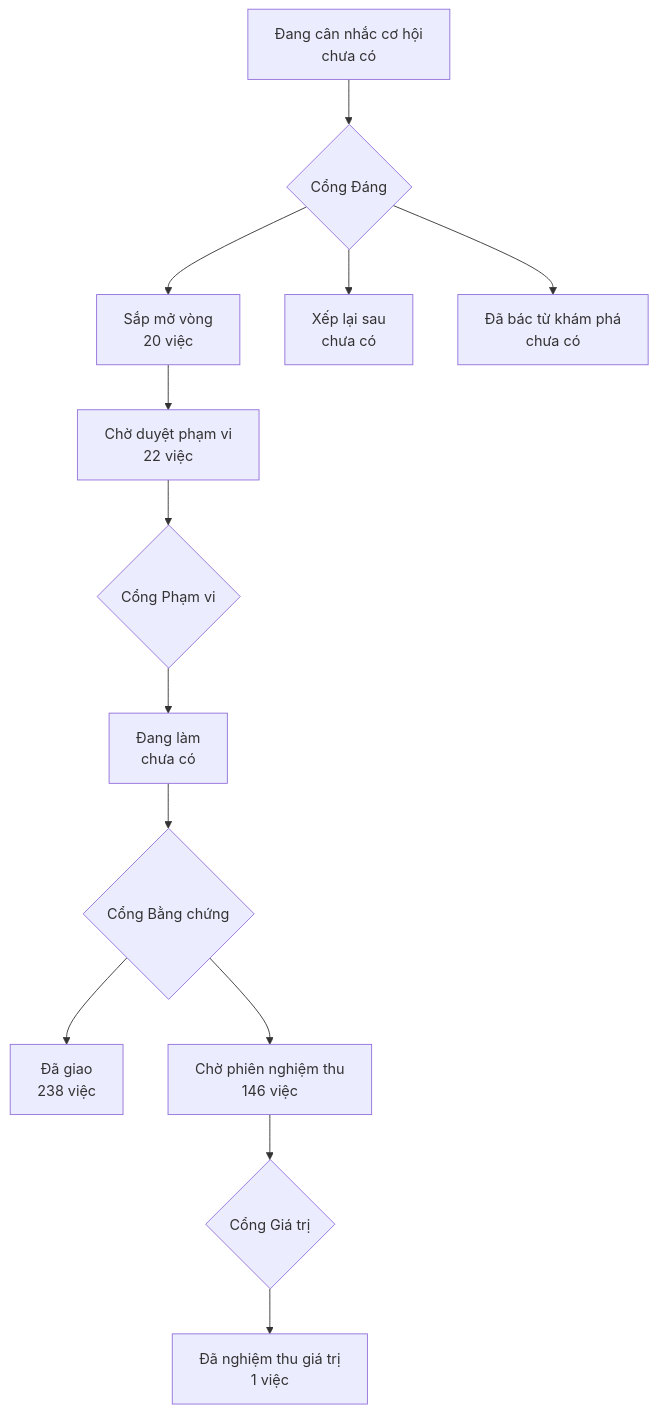
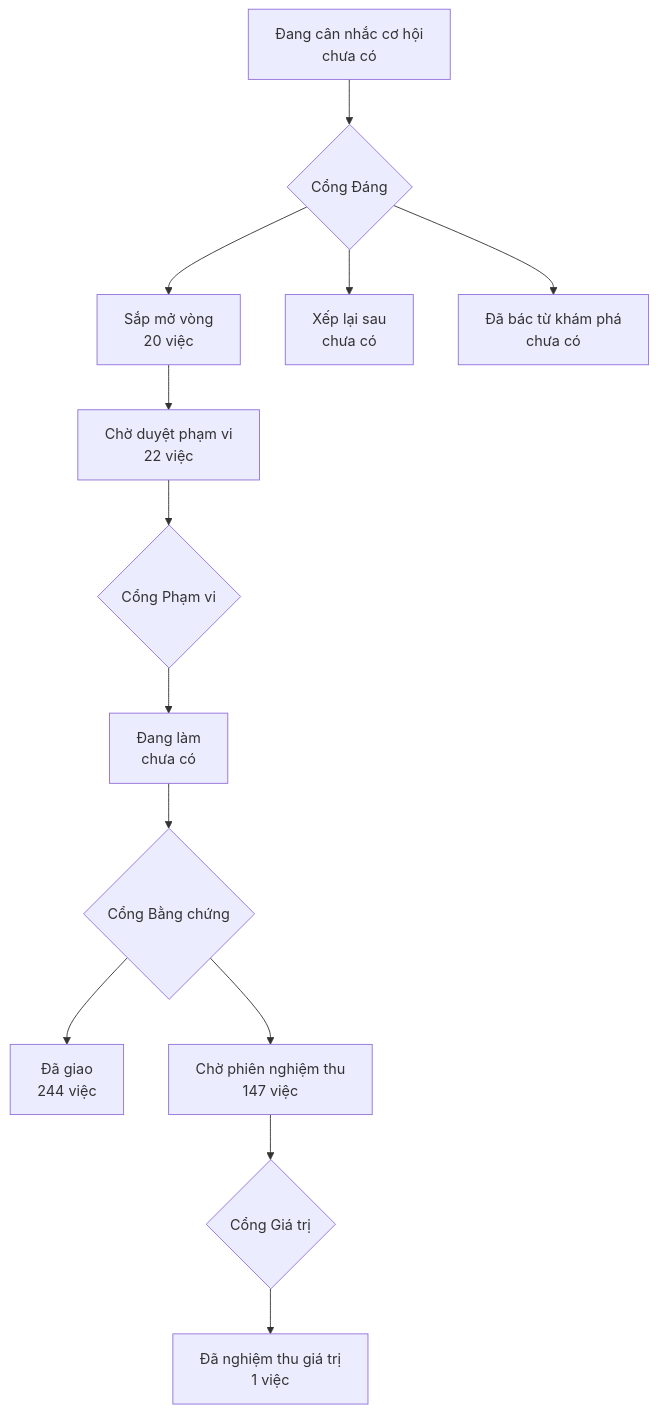
Before and after one commit to phanlemanh/onehub-invest: the diagram in PRODUCT-MAP.md, drawn with Mermaid. The commit also changed other lines of this file and 1 other file, not shown here.

````diff
--- a/PRODUCT-MAP.md
+++ b/PRODUCT-MAP.md
@@ -7,12 +7,12 @@
 ```mermaid
 flowchart TD
   A["Đang cân nhắc cơ hội<br/>chưa có"] --> GD{"Cổng Đáng"}
   GD --> B["Sắp mở vòng<br/>20 việc"]
   GD --> XL["Xếp lại sau<br/>chưa có"]
   GD --> DB["Đã bác từ khám phá<br/>chưa có"]
   B --> CD["Chờ duyệt phạm vi<br/>22 việc"] --> GP{"Cổng Phạm vi"}
   GP --> DL["Đang làm<br/>chưa có"] --> GB{"Cổng Bằng chứng"}
-  GB --> DG["Đã giao<br/>238 việc"]
-  GB --> CN["Chờ phiên nghiệm thu<br/>146 việc"] --> GG{"Cổng Giá trị"}
+  GB --> DG["Đã giao<br/>244 việc"]
+  GB --> CN["Chờ phiên nghiệm thu<br/>147 việc"] --> GG{"Cổng Giá trị"}
   GG --> NT["Đã nghiệm thu giá trị<br/>1 việc"]
 ```
````
